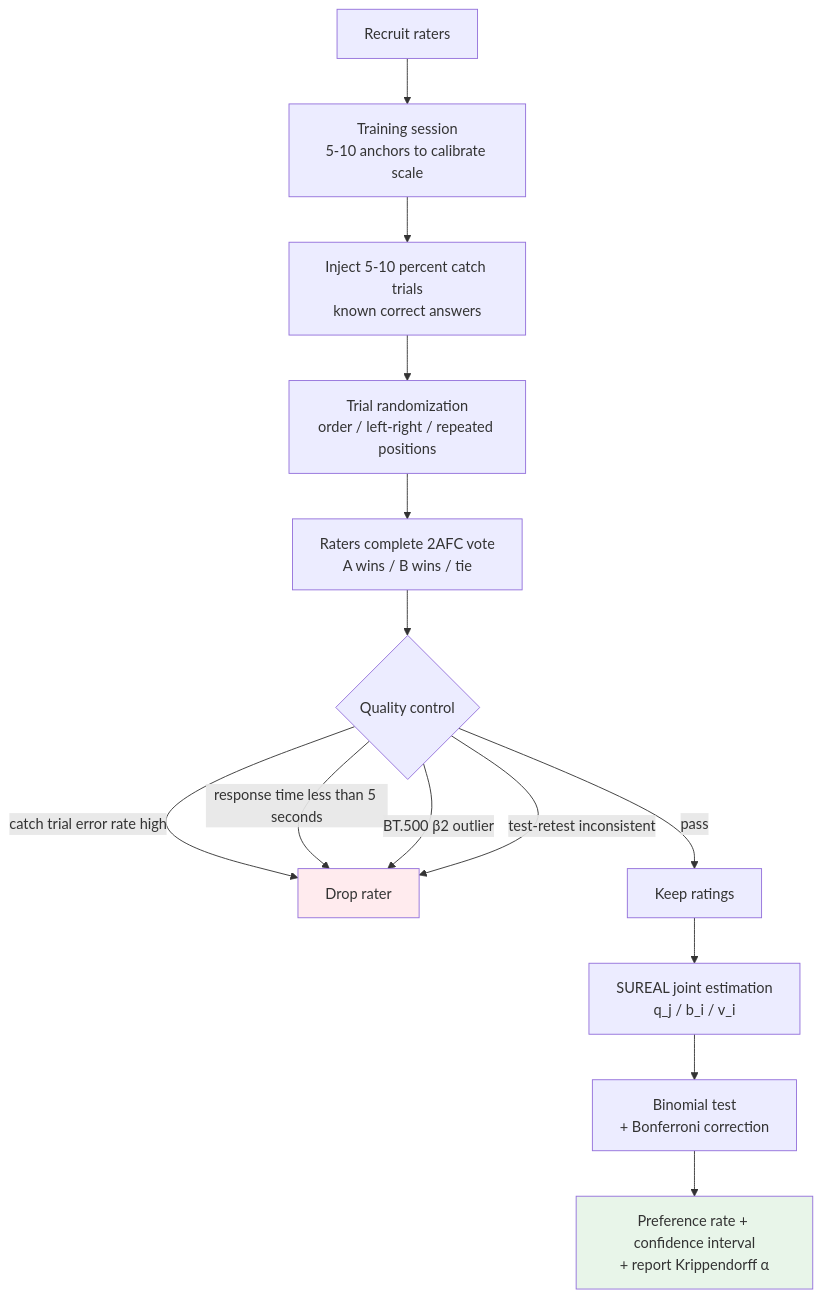
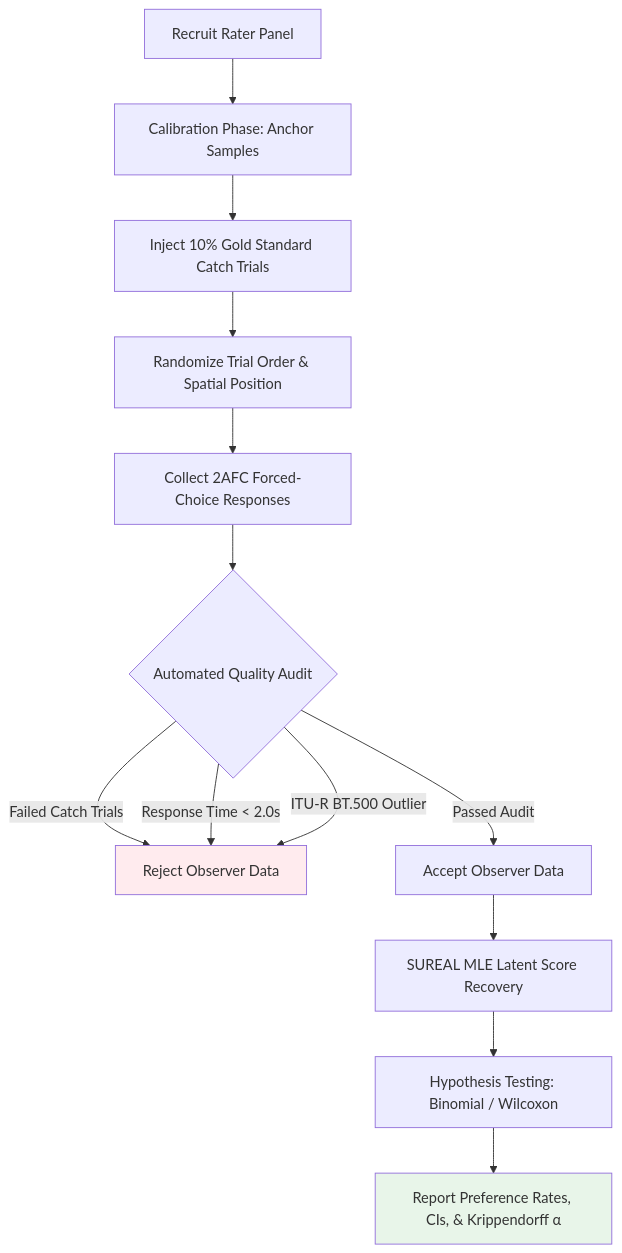
One commit to yingwang/image-enhancement-guide changed the second of 3 diagrams in en/chapters/12-evaluation.md. Above: the diagram before and after it, drawn with Mermaid. The commit also changed other lines of this file and 18 other files, not shown here.

````diff
--- a/en/chapters/12-evaluation.md
+++ b/en/chapters/12-evaluation.md
@@ -189,21 +76,20 @@
 ```mermaid
 flowchart TD
-    Start[Recruit raters] --> Train[Training session<br/>5-10 anchors to calibrate scale]
-    Train --> Catch[Inject 5-10 percent catch trials<br/>known correct answers]
-    Catch --> Random[Trial randomization<br/>order / left-right / repeated positions]
-    Random --> Vote[Raters complete 2AFC vote<br/>A wins / B wins / tie]
+    Start[Recruit Rater Panel] --> Train[Calibration Phase: Anchor Samples]
+    Train --> Catch[Inject 10% Gold Standard Catch Trials]
+    Catch --> Rand[Randomize Trial Order & Spatial Position]
+    Rand --> Vote[Collect 2AFC Forced-Choice Responses]
 
-    Vote --> QC{Quality control}
-    QC -->|catch trial error rate high| Drop[Drop rater]
-    QC -->|response time less than 5 seconds| Drop
-    QC -->|BT.500 β2 outlier| Drop
-    QC -->|test-retest inconsistent| Drop
-    QC -->|pass| Keep[Keep ratings]
+    Vote --> QC{Automated Quality Audit}
+    QC -->|Failed Catch Trials| Drop[Reject Observer Data]
+    QC -->|Response Time < 2.0s| Drop
+    QC -->|ITU-R BT.500 Outlier| Drop
+    QC -->|Passed Audit| Keep[Accept Observer Data]
 
-    Keep --> Agg[SUREAL joint estimation<br/>q_j / b_i / v_i]
-    Agg --> Stat[Binomial test<br/>+ Bonferroni correction]
-    Stat --> Out[Preference rate + confidence interval<br/>+ report Krippendorff α]
+    Keep --> Agg[SUREAL MLE Latent Score Recovery]
+    Agg --> Stat[Hypothesis Testing: Binomial / Wilcoxon]
+    Stat --> Out[Report Preference Rates, CIs, & Krippendorff α]
 
     style Drop fill:#ffebee
     style Out fill:#e8f5e9
 ```
````
